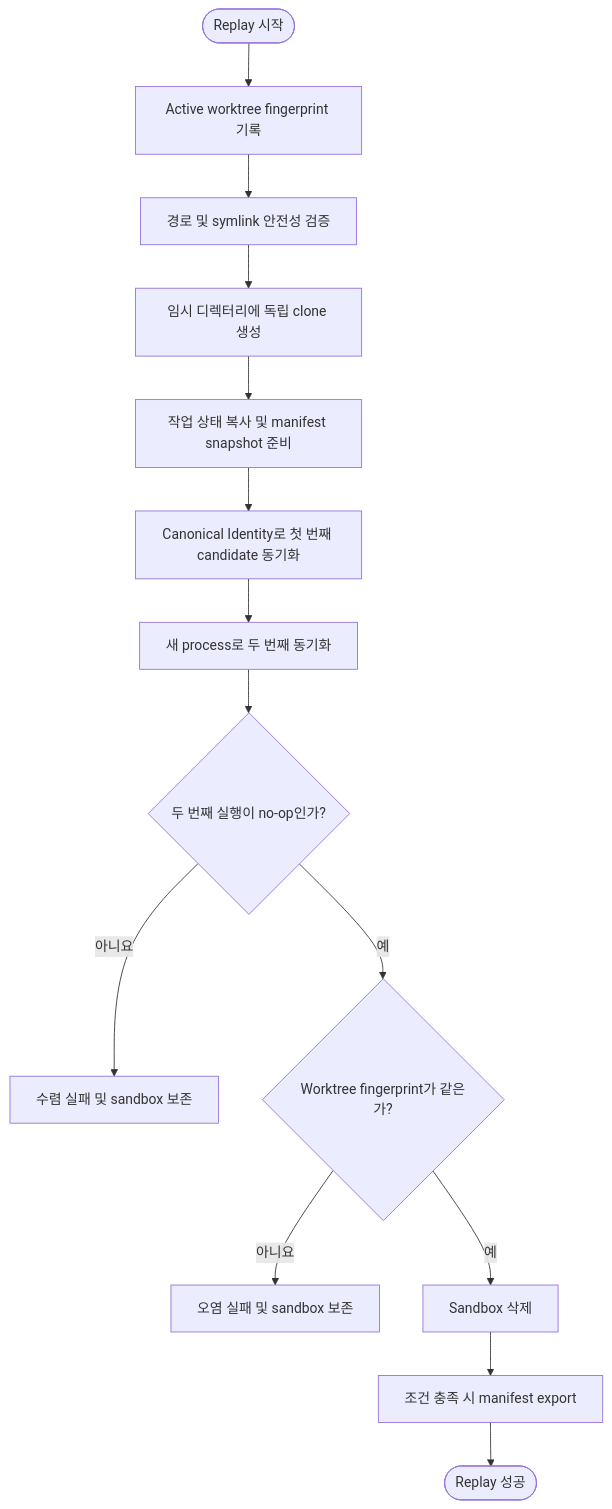
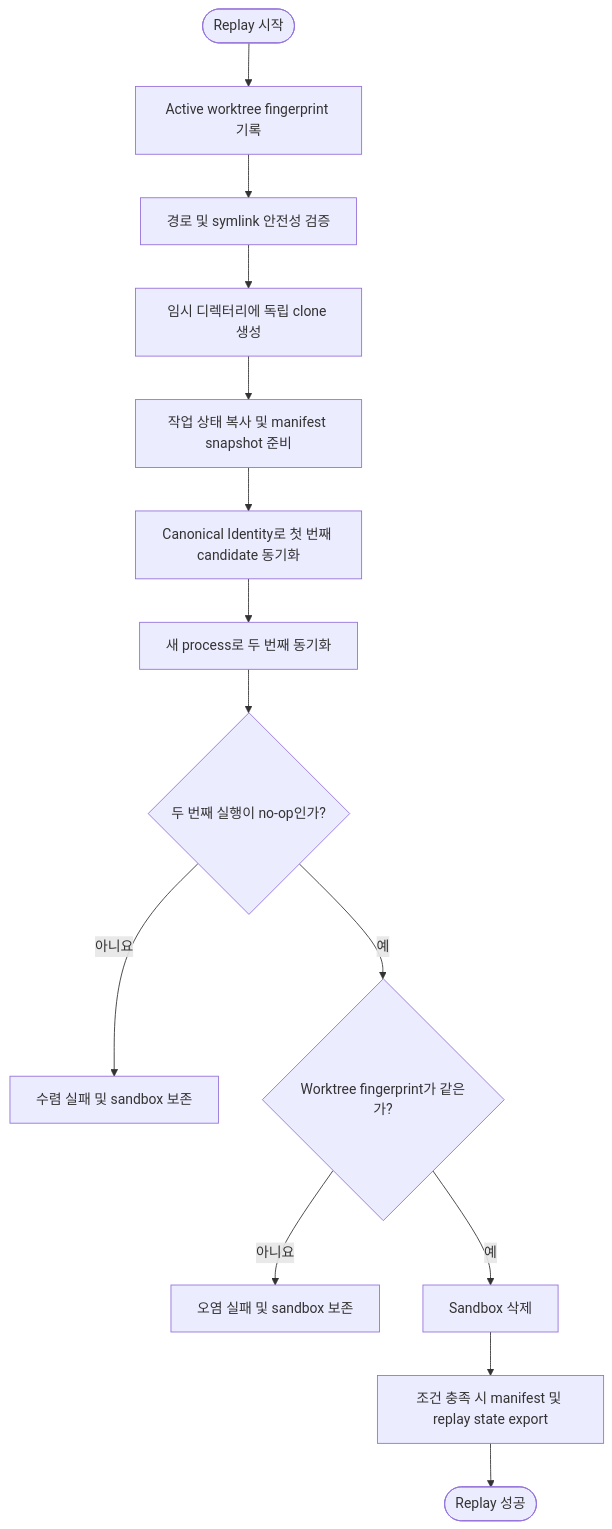
Before and after one commit to letsescape/laravel-docs: the diagram in translation-sync/docs/07-local-replay.md, drawn with Mermaid. The commit also changed other lines of this file and 8 other files, not shown here.

````diff
--- a/translation-sync/docs/07-local-replay.md
+++ b/translation-sync/docs/07-local-replay.md
@@ -11,16 +11,16 @@
 ```mermaid
 flowchart TD
     A([Replay 시작]) --> B[Active worktree fingerprint 기록]
     B --> C[경로 및 symlink 안전성 검증]
     C --> D[임시 디렉터리에 독립 clone 생성]
     D --> E[작업 상태 복사 및 manifest snapshot 준비]
     E --> F[Canonical Identity로 첫 번째 candidate 동기화]
     F --> G[새 process로 두 번째 동기화]
     G --> H{두 번째 실행이 no-op인가?}
     H -- 아니요 --> X[수렴 실패 및 sandbox 보존]
     H -- 예 --> I{Worktree fingerprint가 같은가?}
     I -- 아니요 --> Y[오염 실패 및 sandbox 보존]
     I -- 예 --> J[Sandbox 삭제]
-    J --> K[조건 충족 시 manifest export]
+    J --> K[조건 충족 시 manifest 및 replay state export]
     K --> L([Replay 성공])
 ```
````
